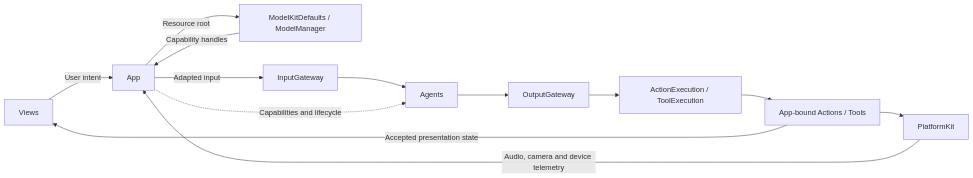
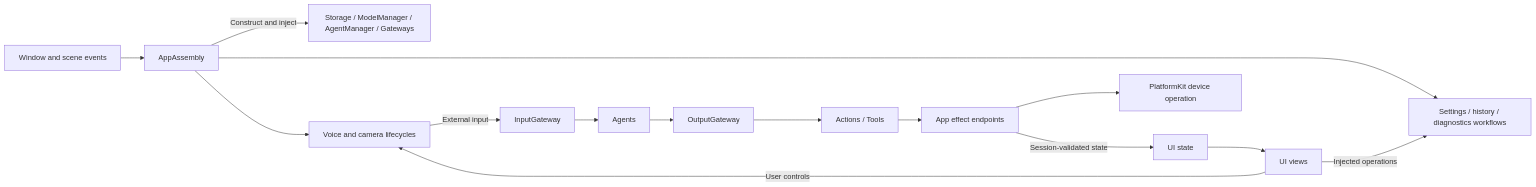
Before and after one commit to devilyouwei/MobileHarness: the diagram in MobileHarness/App/README.md, drawn with Mermaid. The commit also changed other lines of this file and 131 other files, not shown here.

Commit message:
Define Action contracts and separate App UI composition

````diff
--- a/MobileHarness/App/README.md
+++ b/MobileHarness/App/README.md
@@ -25,15 +37,17 @@
 ```mermaid
 flowchart LR
-    Views -->|User intent| App
-    PlatformKit -->|Audio, camera and device telemetry| App
-    App -->|Resource root| Defaults[ModelKitDefaults / ModelManager]
-    Defaults -->|Capability handles| App
-    App -->|Adapted input| Input[InputGateway]
+    Host[Window and scene events] --> Assembly[AppAssembly]
+    Assembly -->|Construct and inject| Services[Storage / ModelManager / AgentManager / Gateways]
+    Assembly --> Sessions[Voice and camera lifecycles]
+    Assembly --> Operations[Settings / history / diagnostics workflows]
+    Views[UI views] -->|Injected operations| Operations
+    Views -->|User controls| Sessions
+    Sessions -->|External input| Input[InputGateway]
     Input --> Agents
-    App -.->|Capabilities and lifecycle| Agents
     Agents --> Output[OutputGateway]
-    Output --> Runtime[ActionExecution / ToolExecution]
-    Runtime --> Handlers[App-bound Actions / Tools]
-    Handlers --> PlatformKit
-    Handlers -->|Accepted presentation state| Views
+    Output --> Execute[Actions / Tools]
+    Execute --> Adapters[App effect endpoints]
+    Adapters -->|Session-validated state| State[UI state]
+    Adapters --> Platform[PlatformKit device operation]
+    State --> Views
 ```
````
